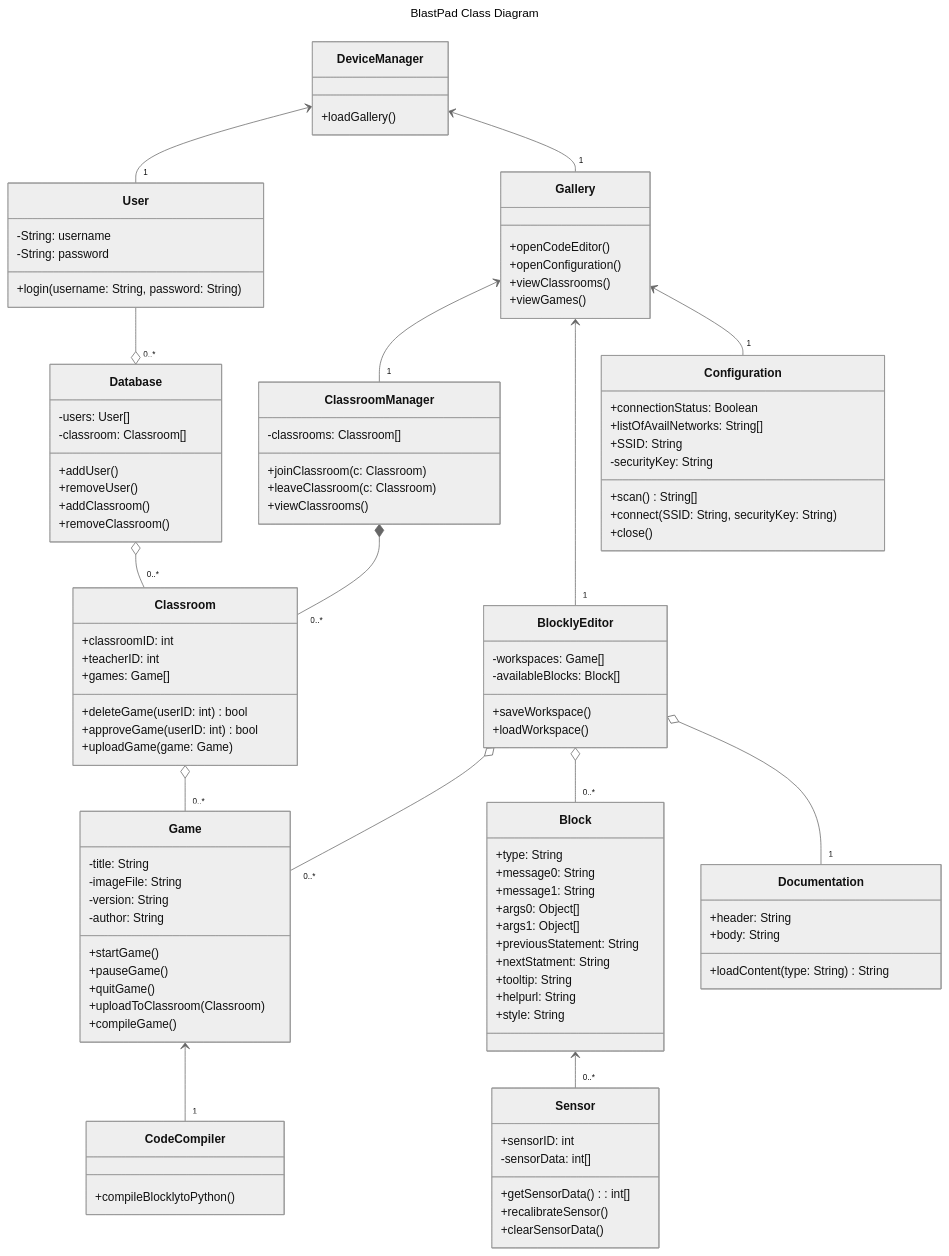
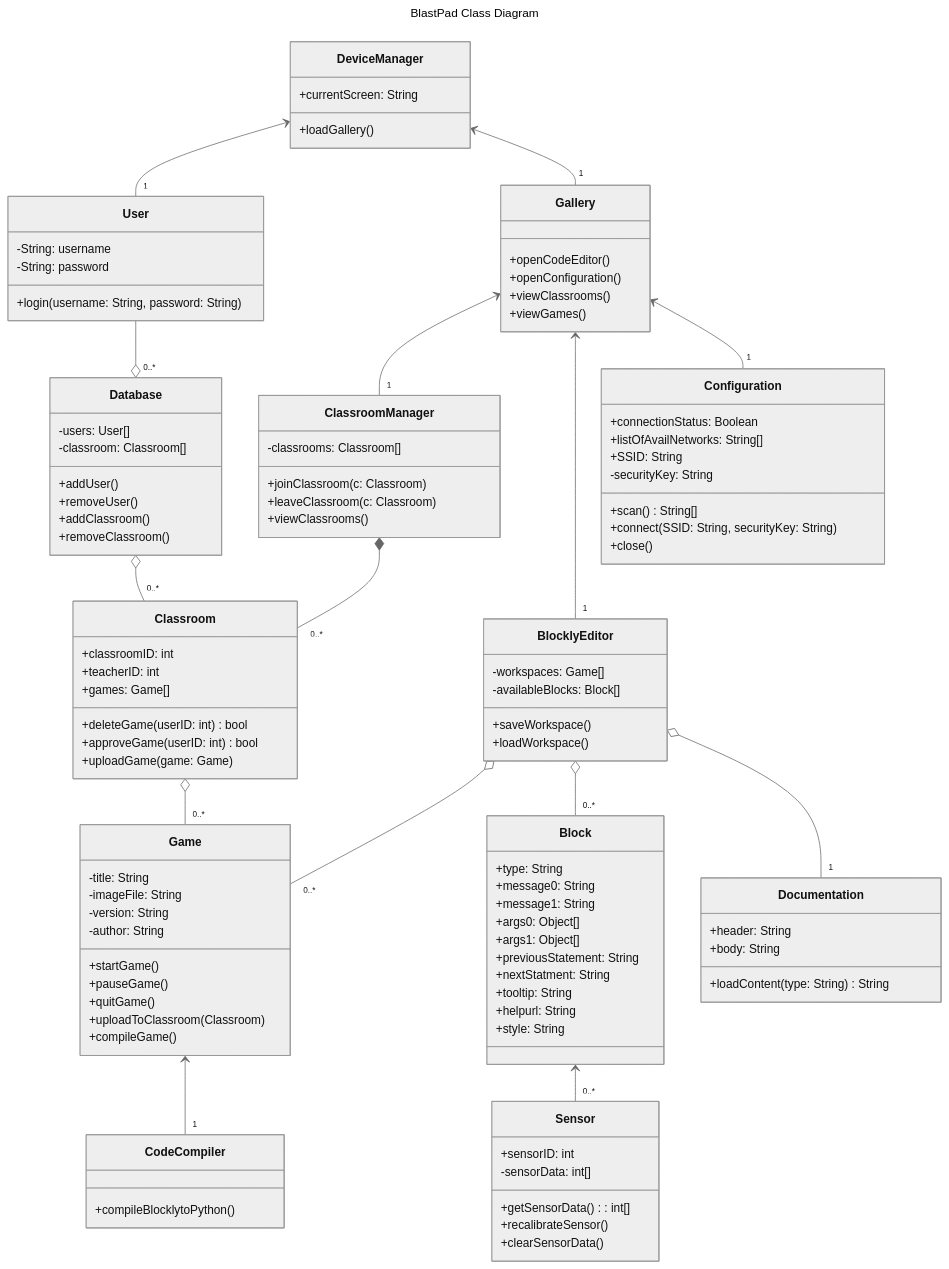
Before and after one commit to Capstone-Projects-2024-Spring/project-blastpad: the first of 13 diagrams in documentation/docs/system-architecture/design.md, drawn with Mermaid (neutral theme). The commit also changed 1 other file, not shown here.

Commit message:
Added unit test documentation for DeviceManager class.

```diff
--- a/documentation/docs/system-architecture/design.md
+++ b/documentation/docs/system-architecture/design.md
@@ -110,6 +110,8 @@
 		+loadContent(type: String) String
 	}
 	class DeviceManager {
+		+currentScreen: String
+
 		+loadGallery()
 	}
 	class Database {
```
